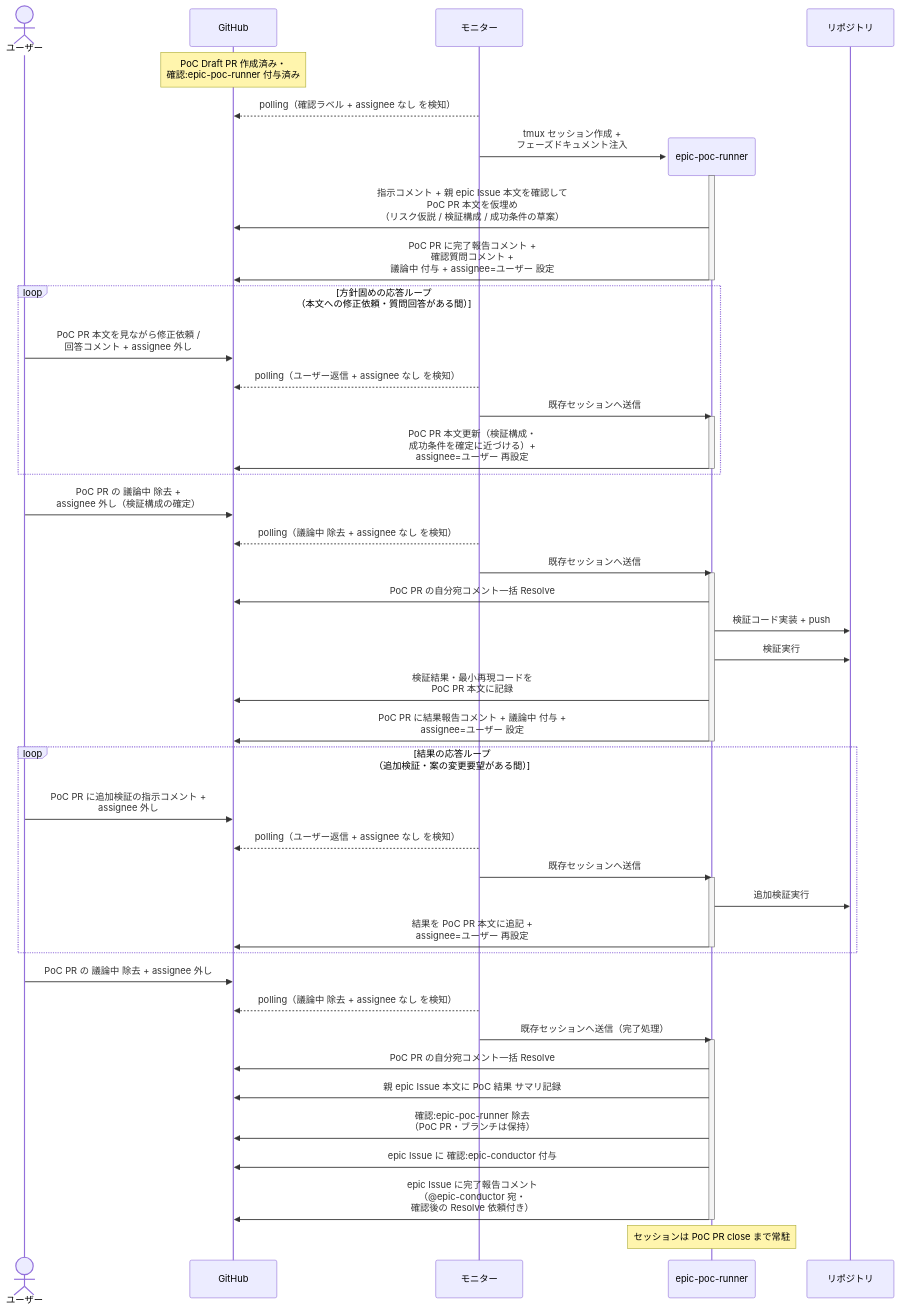
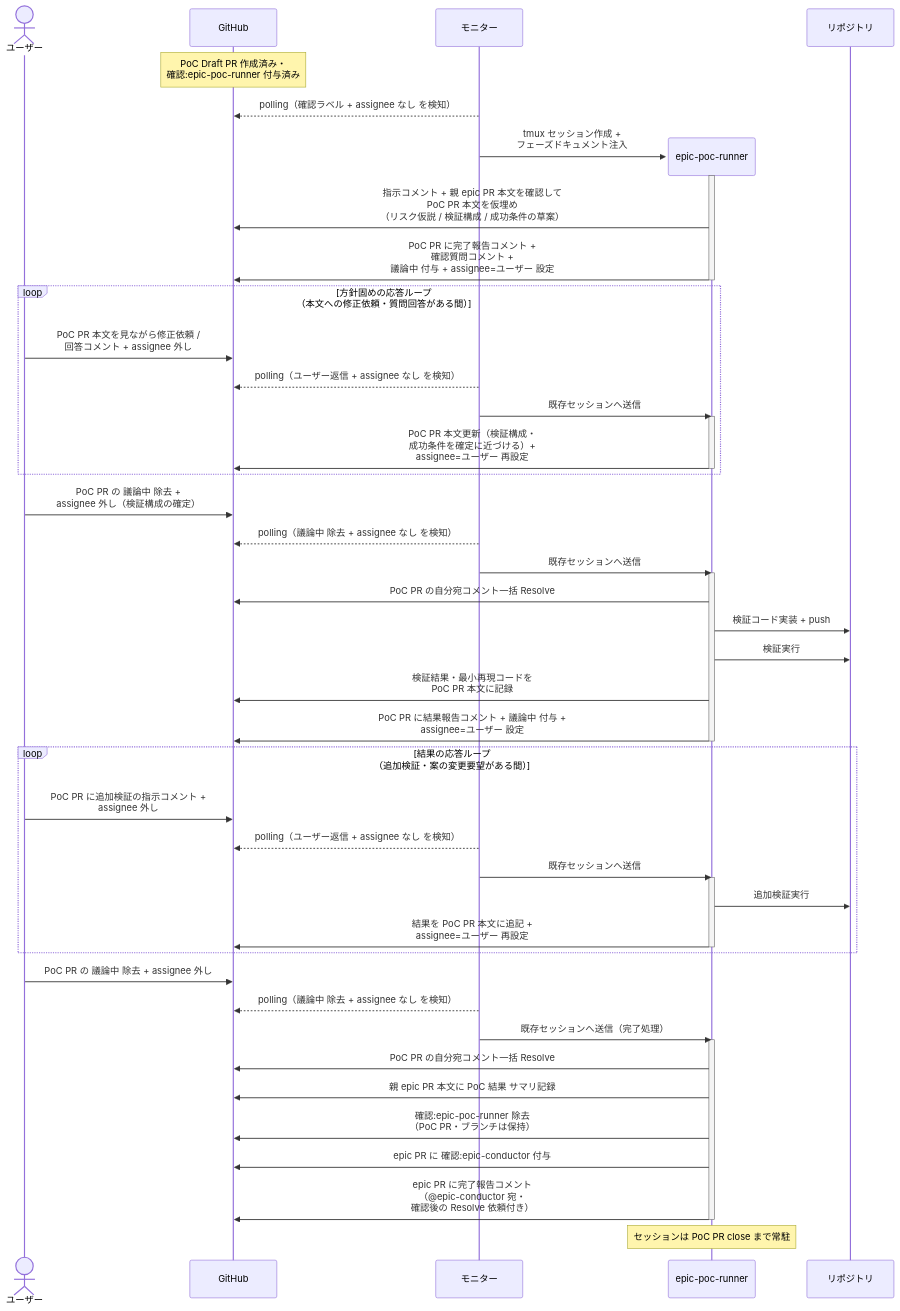
One commit to shuhei1101/ai-monitor changed the first of 2 diagrams in docs/wiki/設計図/シナリオ/単一ユースケース/実現可能性PoC検証.md. Above: the diagram before and after it, drawn with Mermaid. The commit also changed other lines of this file and 256 other files, not shown here.

````diff
--- a/docs/wiki/設計図/シナリオ/単一ユースケース/実現可能性PoC検証.md
+++ b/docs/wiki/設計図/シナリオ/単一ユースケース/実現可能性PoC検証.md
@@ -26,58 +26,58 @@
 ```mermaid
 sequenceDiagram
   actor U as ユーザー
   participant GH as GitHub
   participant ORC as モニター
 
   Note over GH: PoC Draft PR 作成済み・<br>確認:epic-poc-runner 付与済み
   ORC-->>GH: polling（確認ラベル + assignee なし を検知）
   create participant MON as epic-poc-runner
   ORC->>MON: tmux セッション作成 +<br>フェーズドキュメント注入
   participant REPO as リポジトリ
   activate MON
-  MON->>GH: 指示コメント + 親 epic Issue 本文を確認して<br>PoC PR 本文を仮埋め<br>（リスク仮説 / 検証構成 / 成功条件の草案）
+  MON->>GH: 指示コメント + 親 epic PR 本文を確認して<br>PoC PR 本文を仮埋め<br>（リスク仮説 / 検証構成 / 成功条件の草案）
   MON->>GH: PoC PR に完了報告コメント +<br>確認質問コメント +<br>議論中 付与 + assignee=ユーザー 設定
   deactivate MON
 
   loop 方針固めの応答ループ<br>（本文への修正依頼・質問回答がある間）
     U->>GH: PoC PR 本文を見ながら修正依頼 /<br>回答コメント + assignee 外し
     ORC-->>GH: polling（ユーザー返信 + assignee なし を検知）
     ORC->>MON: 既存セッションへ送信
     activate MON
     MON->>GH: PoC PR 本文更新（検証構成・<br>成功条件を確定に近づける）+<br>assignee=ユーザー 再設定
     deactivate MON
   end
 
   U->>GH: PoC PR の 議論中 除去 +<br>assignee 外し（検証構成の確定）
   ORC-->>GH: polling（議論中 除去 + assignee なし を検知）
   ORC->>MON: 既存セッションへ送信
   activate MON
   MON->>GH: PoC PR の自分宛コメント一括 Resolve
   MON->>REPO: 検証コード実装 + push
   MON->>REPO: 検証実行
   MON->>GH: 検証結果・最小再現コードを<br>PoC PR 本文に記録
   MON->>GH: PoC PR に結果報告コメント + 議論中 付与 +<br>assignee=ユーザー 設定
   deactivate MON
 
   loop 結果の応答ループ<br>（追加検証・案の変更要望がある間）
     U->>GH: PoC PR に追加検証の指示コメント +<br>assignee 外し
     ORC-->>GH: polling（ユーザー返信 + assignee なし を検知）
     ORC->>MON: 既存セッションへ送信
     activate MON
     MON->>REPO: 追加検証実行
     MON->>GH: 結果を PoC PR 本文に追記 +<br>assignee=ユーザー 再設定
     deactivate MON
   end
 
   U->>GH: PoC PR の 議論中 除去 + assignee 外し
   ORC-->>GH: polling（議論中 除去 + assignee なし を検知）
   ORC->>MON: 既存セッションへ送信（完了処理）
   activate MON
   MON->>GH: PoC PR の自分宛コメント一括 Resolve
-  MON->>GH: 親 epic Issue 本文に PoC 結果 サマリ記録
+  MON->>GH: 親 epic PR 本文に PoC 結果 サマリ記録
   MON->>GH: 確認:epic-poc-runner 除去<br>（PoC PR・ブランチは保持）
-  MON->>GH: epic Issue に 確認:epic-conductor 付与
-  MON->>GH: epic Issue に完了報告コメント<br>（@epic-conductor 宛・<br>確認後の Resolve 依頼付き）
+  MON->>GH: epic PR に 確認:epic-conductor 付与
+  MON->>GH: epic PR に完了報告コメント<br>（@epic-conductor 宛・<br>確認後の Resolve 依頼付き）
   deactivate MON
   Note over MON: セッションは PoC PR close まで常駐
 ```
````
